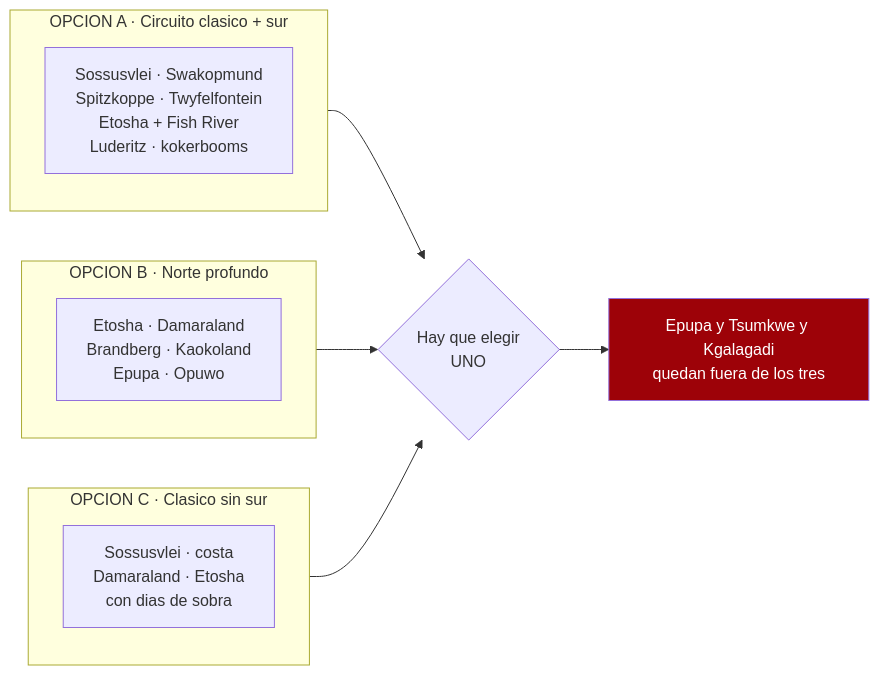
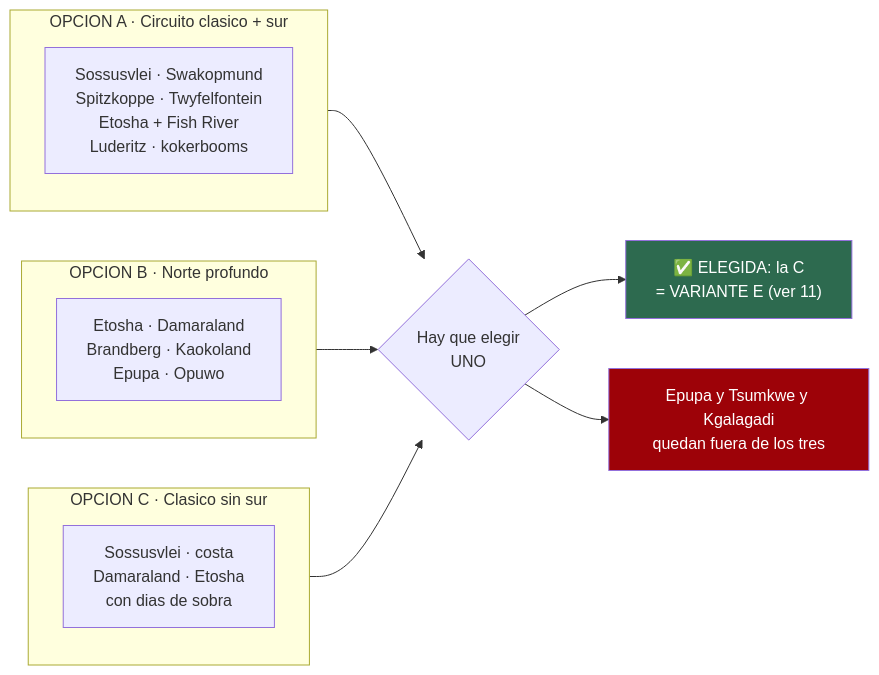
One commit to morandeirachema/namibia changed the second of 4 diagrams in 06-lista-google-maps.md. Above: the diagram before and after it, drawn with Mermaid. The commit also changed other lines of this file and 3 other files, not shown here.

````diff
--- a/06-lista-google-maps.md
+++ b/06-lista-google-maps.md
@@ -154,17 +168,19 @@
 ```mermaid
 flowchart LR
     subgraph A["OPCION A · Circuito clasico + sur"]
         A1["Sossusvlei · Swakopmund<br/>Spitzkoppe · Twyfelfontein<br/>Etosha + Fish River<br/>Luderitz · kokerbooms"]
     end
     subgraph B["OPCION B · Norte profundo"]
         B1["Etosha · Damaraland<br/>Brandberg · Kaokoland<br/>Epupa · Opuwo"]
     end
     subgraph C["OPCION C · Clasico sin sur"]
         C1["Sossusvlei · costa<br/>Damaraland · Etosha<br/>con dias de sobra"]
     end
     A --> D{"Hay que elegir<br/>UNO"}
     B --> D
     C --> D
+    D --> G["✅ ELEGIDA: la C<br/>= VARIANTE E (ver 11)"]
     D --> E["Epupa y Tsumkwe y Kgalagadi<br/>quedan fuera de los tres"]
     style E fill:#9d0208,color:#fff
+    style G fill:#2d6a4f,color:#fff
 ```
````
